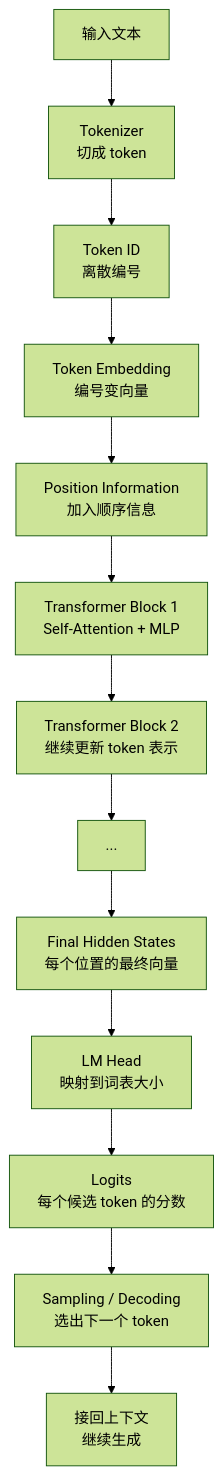
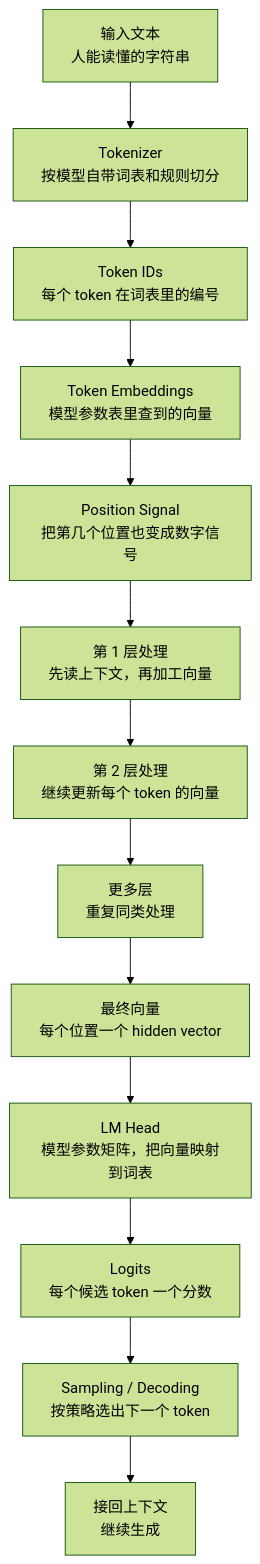
One commit to AmourSec/aikg changed the diagram in docs/02-ai-workloads/transformer.md. Above: the diagram before and after it, drawn with Mermaid (forest theme). The commit also changed other lines of this file and 5 other files, not shown here.

Commit message:
docs: clarify transformer data flow

````diff
--- a/docs/02-ai-workloads/transformer.md
+++ b/docs/02-ai-workloads/transformer.md
@@ -67,15 +77,15 @@
 ```mermaid
 flowchart TD
-    A["输入文本"] --> B["Tokenizer<br/>切成 token"]
-    B --> C["Token ID<br/>离散编号"]
-    C --> D["Token Embedding<br/>编号变向量"]
-    D --> E["Position Information<br/>加入顺序信息"]
-    E --> F["Transformer Block 1<br/>Self-Attention + MLP"]
-    F --> G["Transformer Block 2<br/>继续更新 token 表示"]
-    G --> H["..."]
-    H --> I["Final Hidden States<br/>每个位置的最终向量"]
-    I --> J["LM Head<br/>映射到词表大小"]
-    J --> K["Logits<br/>每个候选 token 的分数"]
-    K --> L["Sampling / Decoding<br/>选出下一个 token"]
+    A["输入文本<br/>人能读懂的字符串"] --> B["Tokenizer<br/>按模型自带词表和规则切分"]
+    B --> C["Token IDs<br/>每个 token 在词表里的编号"]
+    C --> D["Token Embeddings<br/>模型参数表里查到的向量"]
+    D --> E["Position Signal<br/>把第几个位置也变成数字信号"]
+    E --> F["第 1 层处理<br/>先读上下文，再加工向量"]
+    F --> G["第 2 层处理<br/>继续更新每个 token 的向量"]
+    G --> H["更多层<br/>重复同类处理"]
+    H --> I["最终向量<br/>每个位置一个 hidden vector"]
+    I --> J["LM Head<br/>模型参数矩阵，把向量映射到词表"]
+    J --> K["Logits<br/>每个候选 token 一个分数"]
+    K --> L["Sampling / Decoding<br/>按策略选出下一个 token"]
     L --> M["接回上下文<br/>继续生成"]
 ```
````
